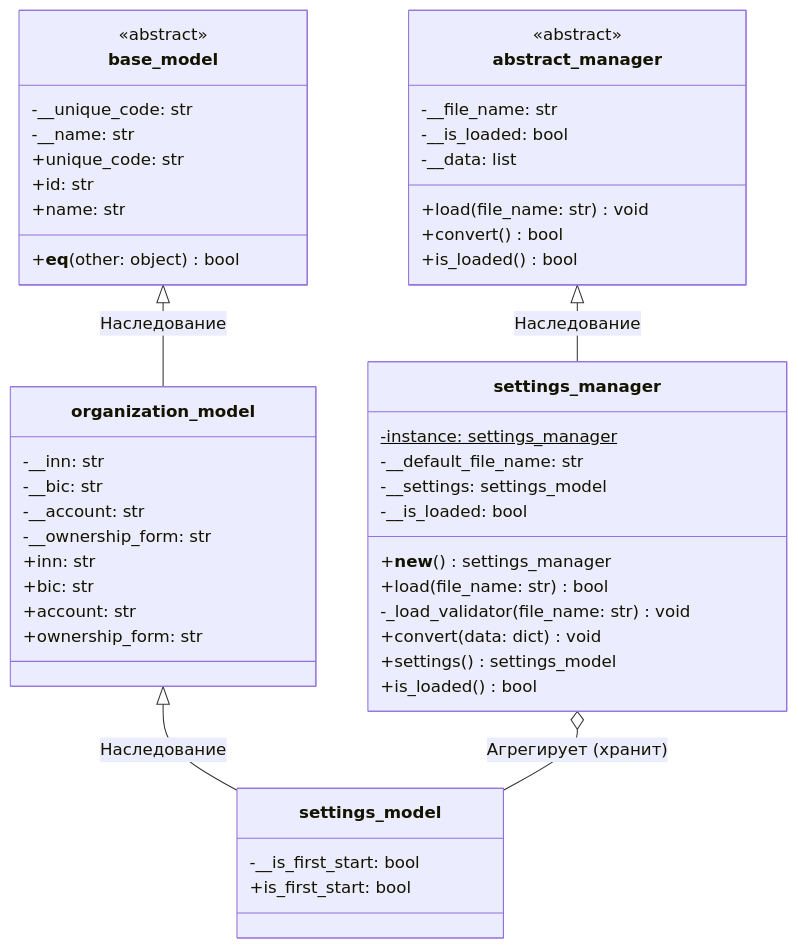
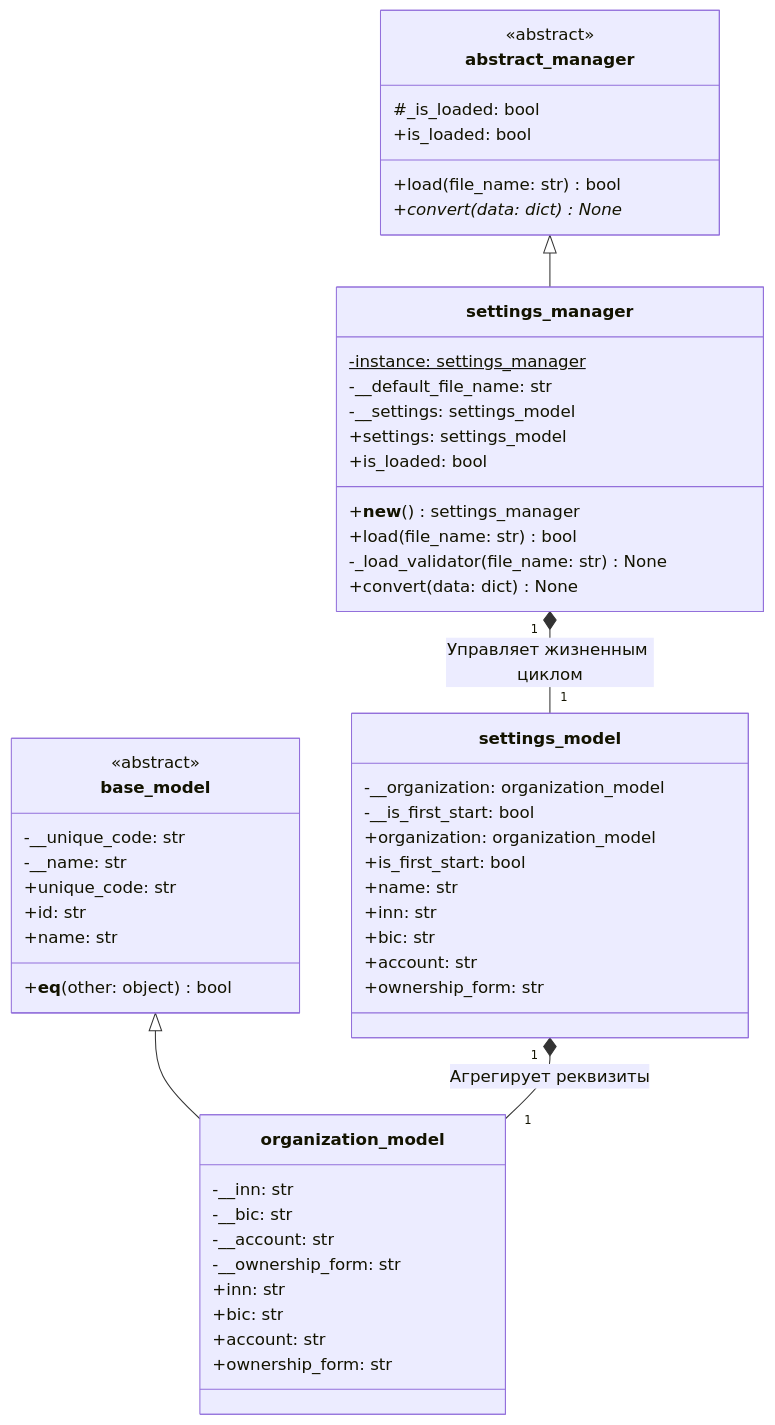
One commit to waqque/daisy changed the first of 2 diagrams in Docs/Diagrams.md. Above: the diagram before and after it, drawn with Mermaid. The commit also changed other lines of this file and 18 other files, not shown here.

````diff
--- a/Docs/Diagrams.md
+++ b/Docs/Diagrams.md
@@ -11,58 +11,62 @@
 ```mermaid
 classDiagram
     direction TB
 
     class abstract_manager {
         <<abstract>>
-        -__file_name: str
-        -__is_loaded: bool
-        -__data: list
-        +load(file_name: str) void
-        +convert() bool
-        +is_loaded() bool
+        #_is_loaded: bool
+        +load(file_name: str) bool
+        +convert(data: dict)* None
+        +is_loaded: bool
     }
 
     class settings_manager {
         -instance: settings_manager$
         -__default_file_name: str
         -__settings: settings_model
-        -__is_loaded: bool
         +__new__() settings_manager
         +load(file_name: str) bool
-        -_load_validator(file_name: str) void
-        +convert(data: dict) void
-        +settings() settings_model
-        +is_loaded() bool
+        -_load_validator(file_name: str) None
+        +convert(data: dict) None
+        +settings: settings_model
+        +is_loaded: bool
     }
 
     class base_model {
         <<abstract>>
         -__unique_code: str
         -__name: str
         +unique_code: str
         +id: str
         +name: str
         +__eq__(other: object) bool
     }
 
     class organization_model {
         -__inn: str
         -__bic: str
         -__account: str
         -__ownership_form: str
         +inn: str
         +bic: str
         +account: str
         +ownership_form: str
     }
 
     class settings_model {
+        -__organization: organization_model
         -__is_first_start: bool
+        +organization: organization_model
         +is_first_start: bool
+        +name: str
+        +inn: str
+        +bic: str
+        +account: str
+        +ownership_form: str
     }
 
-    abstract_manager <|-- settings_manager : Наследование
-    base_model <|-- organization_model : Наследование
-    organization_model <|-- settings_model : Наследование
-    settings_manager o-- settings_model : Агрегирует (хранит)
+    abstract_manager <|-- settings_manager
+    base_model <|-- organization_model
+    settings_manager "1" *-- "1" settings_model : Управляет жизненным циклом
+    settings_model "1" *-- "1" organization_model : Агрегирует реквизиты
 ```
````
